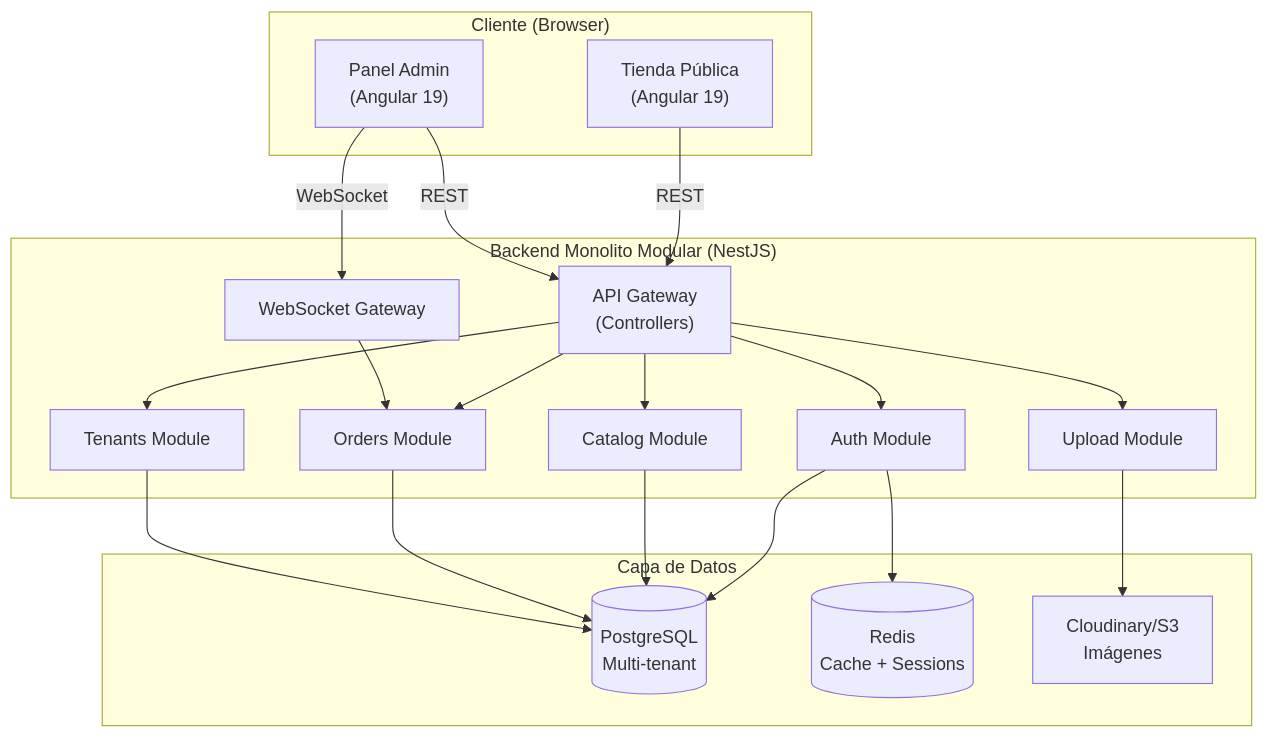
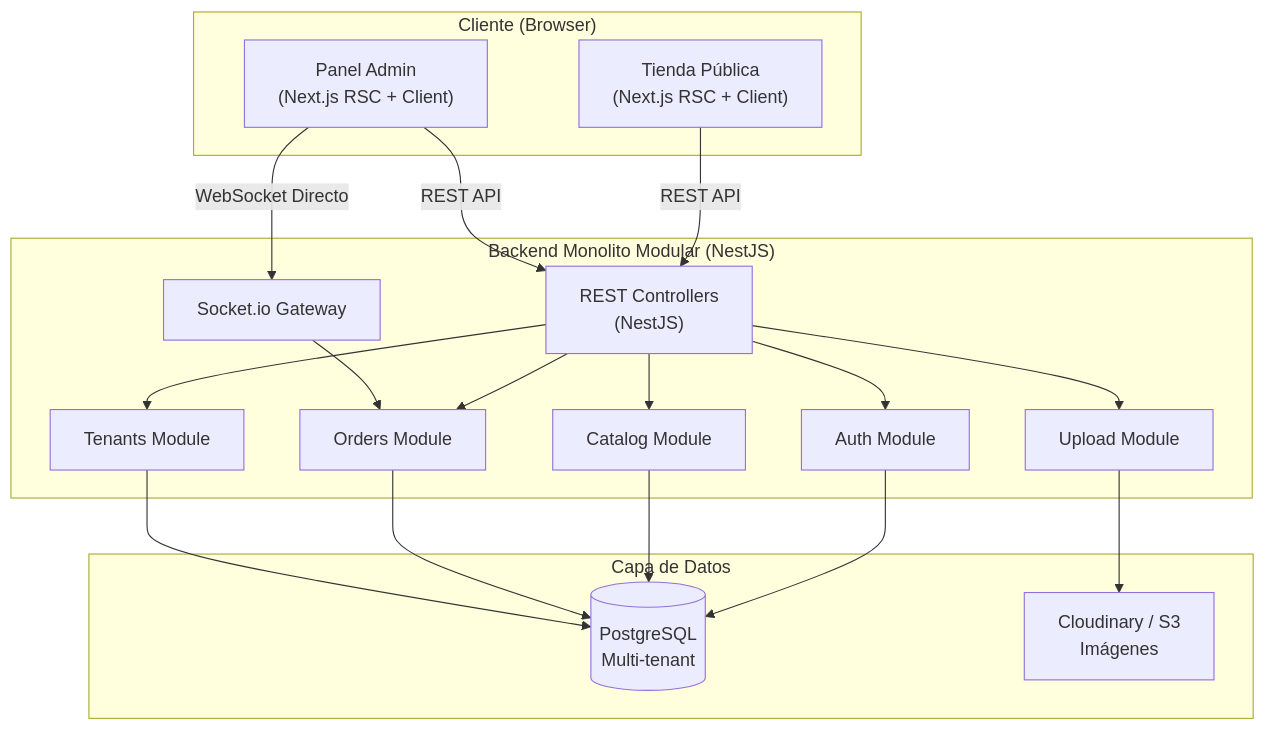
The diagram in openspec/specs/architecture.md (fernandomurguiadev/picky-app), drawn with Mermaid before and after one commit. The commit also changed other lines of this file and 28 other files, not shown here.

````diff
--- a/openspec/specs/architecture.md
+++ b/openspec/specs/architecture.md
@@ -15,43 +15,40 @@
 ```mermaid
 flowchart TB
     subgraph Client["Cliente (Browser)"]
-        StoreFront["Tienda Pública<br/>(Angular 19)"]
-        AdminPanel["Panel Admin<br/>(Angular 19)"]
+        StoreFront["Tienda Pública<br/>(Next.js RSC + Client)"]
+        AdminPanel["Panel Admin<br/>(Next.js RSC + Client)"]
     end
 
     subgraph Backend["Backend Monolito Modular (NestJS)"]
-        Gateway["API Gateway<br/>(Controllers)"]
+        Gateway["REST Controllers<br/>(NestJS)"]
         AuthMod["Auth Module"]
         CatalogMod["Catalog Module"]
         OrdersMod["Orders Module"]
         TenantMod["Tenants Module"]
         UploadMod["Upload Module"]
-        WSGateway["WebSocket Gateway"]
+        WSGateway["Socket.io Gateway"]
     end
 
     subgraph Data["Capa de Datos"]
         PG[("PostgreSQL<br/>Multi-tenant")]
-        Redis[("Redis<br/>Cache + Sessions")]
-        Storage["Cloudinary/S3<br/>Imágenes"]
+        Storage["Cloudinary / S3<br/>Imágenes"]
     end
 
-    StoreFront -->|REST| Gateway
-    AdminPanel -->|REST| Gateway
-    AdminPanel -->|WebSocket| WSGateway
+    StoreFront -->|REST API| Gateway
+    AdminPanel -->|REST API| Gateway
+    AdminPanel -->|WebSocket Directo| WSGateway
     
     Gateway --> AuthMod
     Gateway --> CatalogMod
     Gateway --> OrdersMod
     Gateway --> TenantMod
     Gateway --> UploadMod
     
     WSGateway --> OrdersMod
     
     AuthMod --> PG
     CatalogMod --> PG
     OrdersMod --> PG
     TenantMod --> PG
-    
-    AuthMod --> Redis
     UploadMod --> Storage
 ```
````
